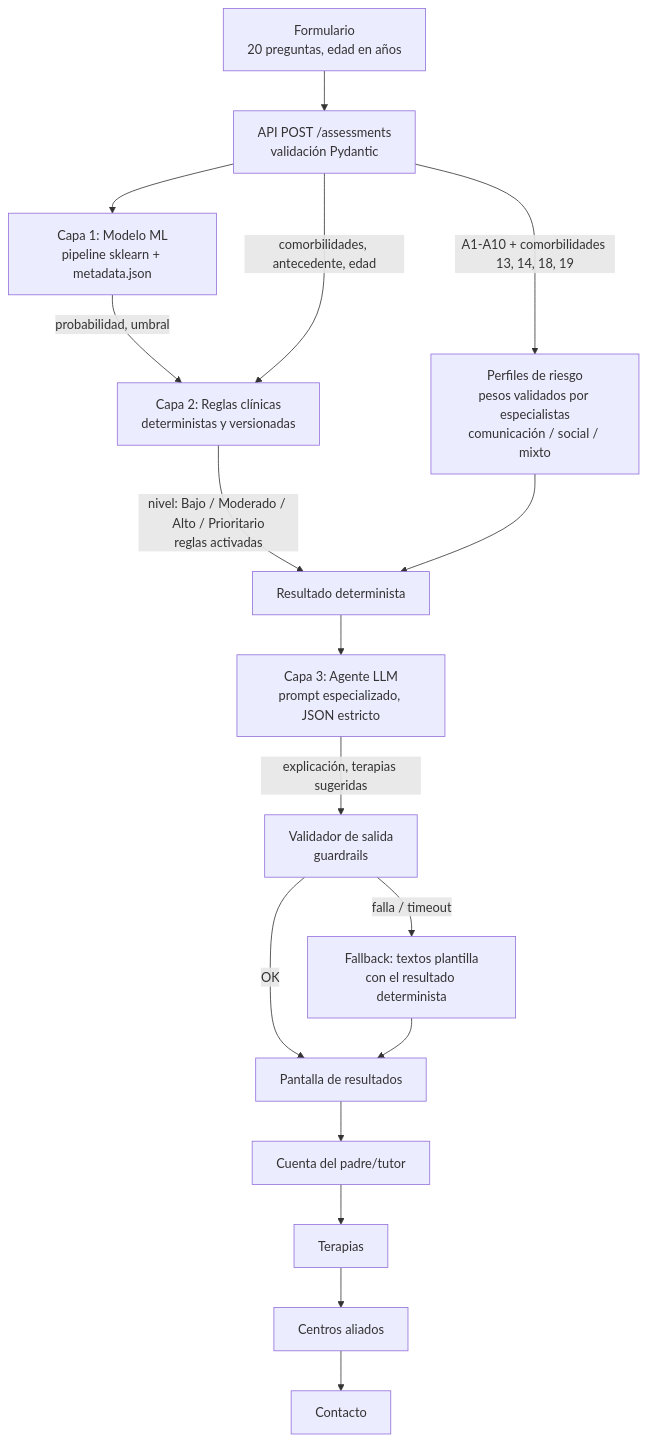
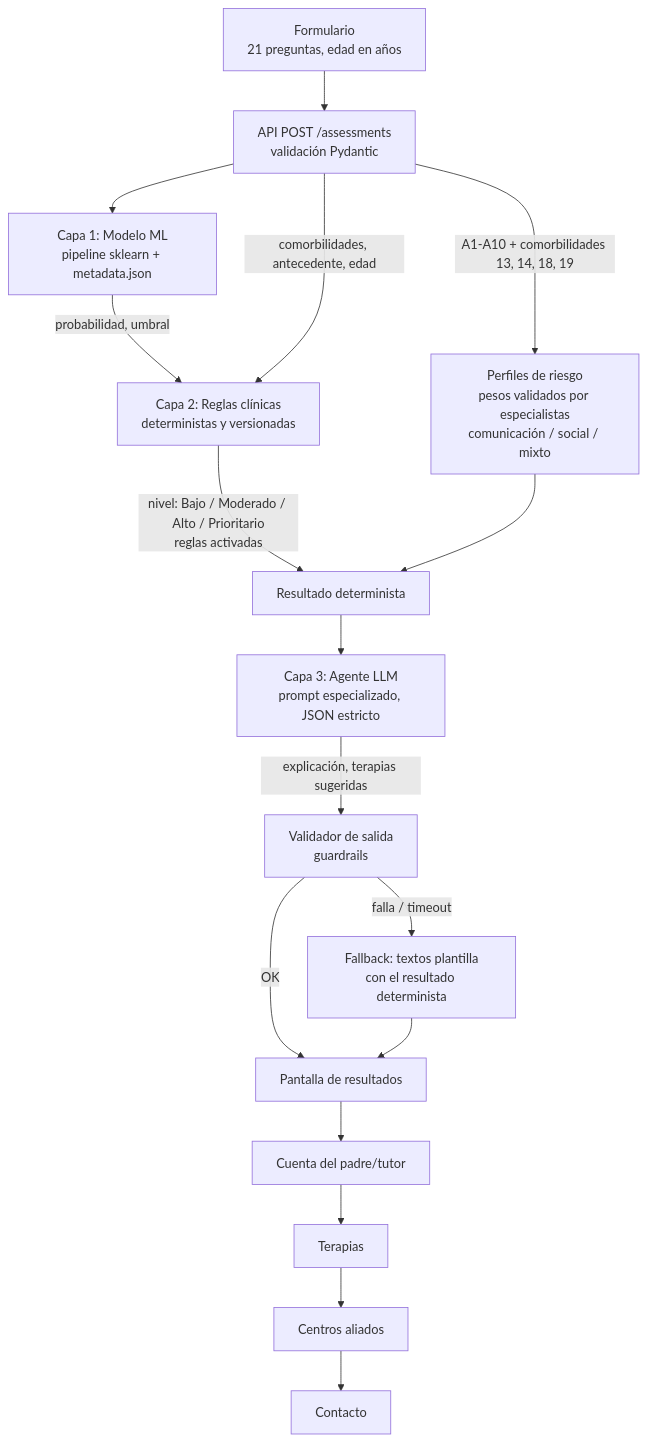
The first of 2 diagrams in docs/consideraciones_app_tamizaje.md (ErnestoSCL/neuroa-modelo-tamizaje), drawn with Mermaid before and after one commit. The commit also changed other lines of this file and 5 other files, not shown here.

````diff
--- a/docs/consideraciones_app_tamizaje.md
+++ b/docs/consideraciones_app_tamizaje.md
@@ -121,16 +123,16 @@
 ```mermaid
 flowchart TD
-    A[Formulario<br/>20 preguntas, edad en años] --> B[API POST /assessments<br/>validación Pydantic]
+    A[Formulario<br/>21 preguntas, edad en años] --> B[API POST /assessments<br/>validación Pydantic]
     B --> C[Capa 1: Modelo ML<br/>pipeline sklearn + metadata.json]
     C -->|probabilidad, umbral| D[Capa 2: Reglas clínicas<br/>deterministas y versionadas]
     B -->|comorbilidades, antecedente, edad| D
     D -->|nivel: Bajo / Moderado / Alto / Prioritario<br/>reglas activadas| E[Resultado determinista]
     B -->|A1-A10 + comorbilidades 13, 14, 18, 19| P[Perfiles de riesgo<br/>pesos validados por especialistas<br/>comunicación / social / mixto]
     P --> E
     E --> F[Capa 3: Agente LLM<br/>prompt especializado, JSON estricto]
     F -->|explicación, terapias sugeridas| G[Validador de salida<br/>guardrails]
     G -->|OK| H[Pantalla de resultados]
     G -->|falla / timeout| I[Fallback: textos plantilla<br/>con el resultado determinista]
     I --> H
     H --> J[Cuenta del padre/tutor] --> K[Terapias] --> L[Centros aliados] --> M[Contacto]
 ```
````
